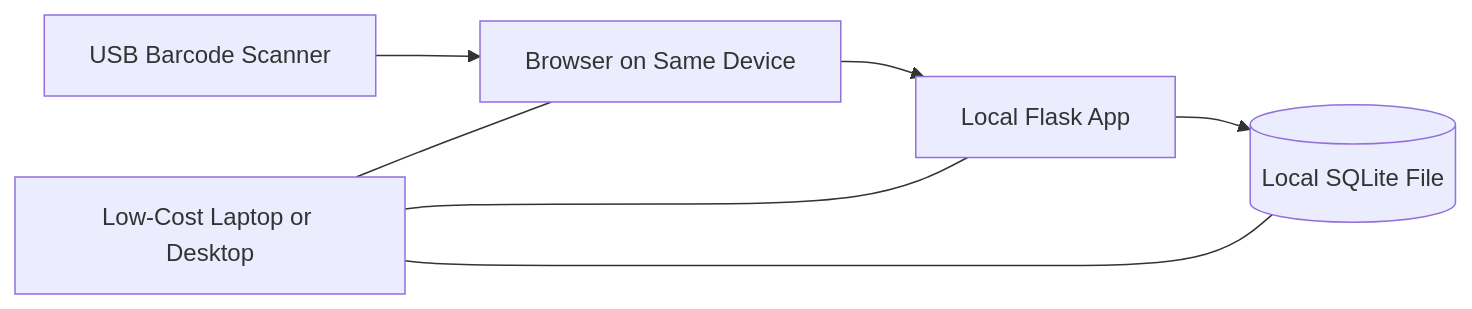
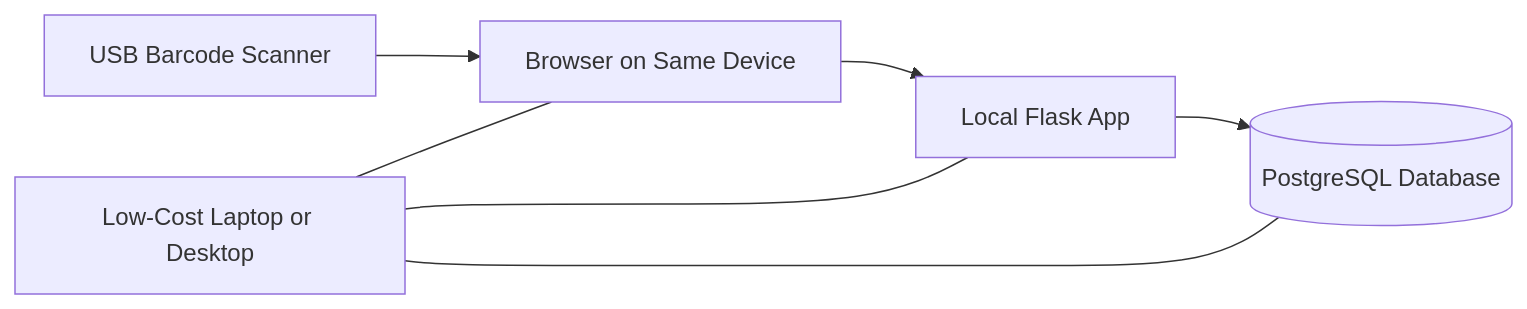
One commit to CS22M105/inventory_management_system changed the tenth of 11 diagrams in design_docx/SYSTEM_DIAGRAMS.md. Above: the diagram before and after it, drawn with Mermaid. The commit also changed other lines of this file and 6 other files, not shown here.

Commit message:
docs: replace SQLite references with PostgreSQL to match code

````diff
--- a/design_docx/SYSTEM_DIAGRAMS.md
+++ b/design_docx/SYSTEM_DIAGRAMS.md
@@ -321,15 +321,15 @@
 ```mermaid
 flowchart LR
     Device[Low-Cost Laptop or Desktop]
     Browser[Browser on Same Device]
     App[Local Flask App]
-    DB[(Local SQLite File)]
+    DB[(PostgreSQL Database)]
     Scanner[USB Barcode Scanner]
 
     Scanner --> Browser
     Browser --> App
     App --> DB
     Device --- Browser
     Device --- App
     Device --- DB
 ```
````
